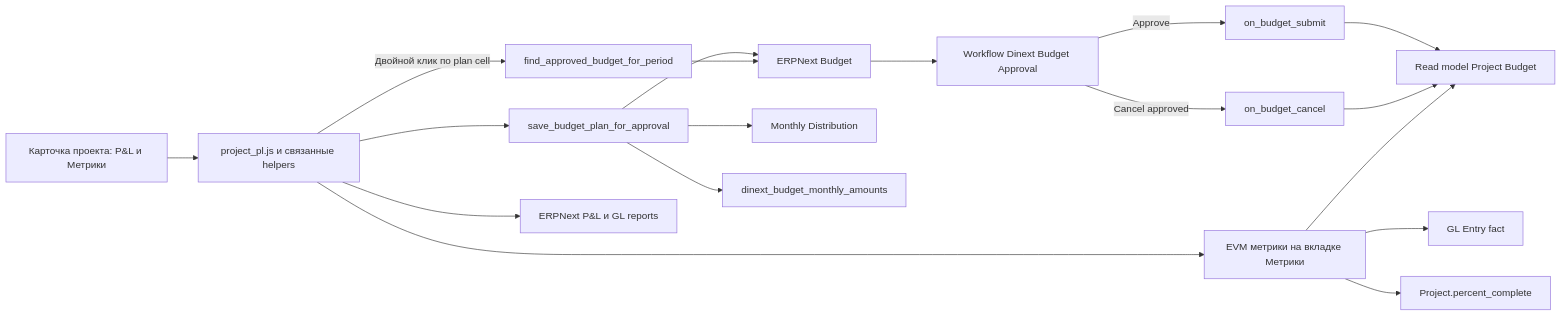
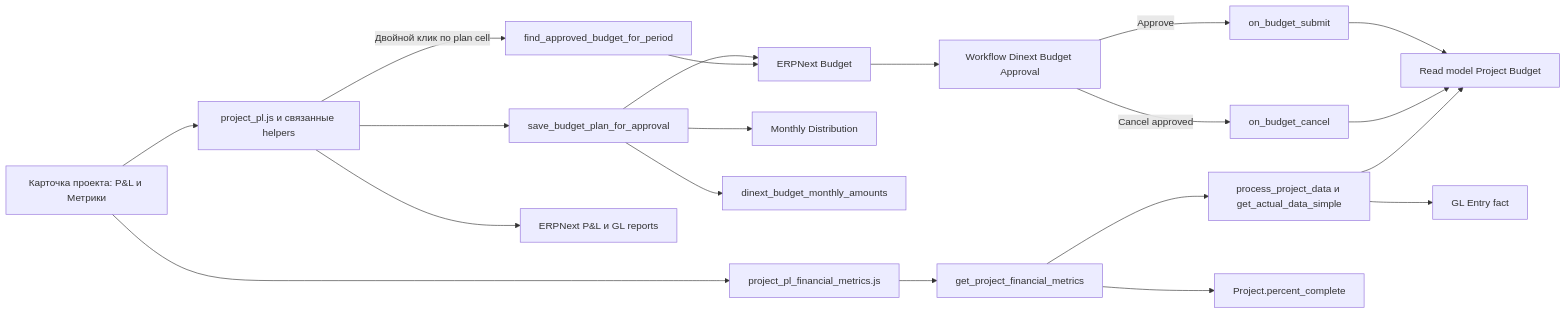
The diagram in README.md (Dinext-pro/dinext-projects-pl), drawn with Mermaid before and after one commit. The commit also changed other lines of this file and 8 other files, not shown here.

First line of the commit message:
Implement server-side EVM financial metrics calculations and API

````diff
--- a/README.md
+++ b/README.md
@@ -237,20 +290,22 @@
 ```mermaid
 flowchart LR
   ProjectForm[Карточка проекта: P&L и Метрики] --> ClientJS[project_pl.js и связанные helpers]
   ClientJS --> ApprovalAPI[save_budget_plan_for_approval]
   ApprovalAPI --> BudgetDoc[ERPNext Budget]
   ApprovalAPI --> MonthlyDistribution[Monthly Distribution]
   ApprovalAPI --> ExactMonthly[dinext_budget_monthly_amounts]
   BudgetDoc --> Workflow[Workflow Dinext Budget Approval]
   Workflow -->|Approve| SubmitHook[on_budget_submit]
   Workflow -->|Cancel approved| CancelHook[on_budget_cancel]
   SubmitHook --> ProjectBudget[Read model Project Budget]
   CancelHook --> ProjectBudget
-  ClientJS --> MetricsUI[EVM метрики на вкладке Метрики]
-  MetricsUI --> ProjectBudget
-  MetricsUI --> GLEntry[GL Entry fact]
-  MetricsUI --> ProjectProgress[Project.percent_complete]
+  MetricsUI[project_pl_financial_metrics.js] --> MetricsAPI[get_project_financial_metrics]
+  MetricsAPI --> ReportPipeline[process_project_data и get_actual_data_simple]
+  ReportPipeline --> ProjectBudget
+  ReportPipeline --> GLEntry[GL Entry fact]
+  MetricsAPI --> ProjectProgress[Project.percent_complete]
+  ProjectForm --> MetricsUI
   ClientJS -->|Двойной клик по plan cell| FindApproved[find_approved_budget_for_period]
   FindApproved --> BudgetDoc
   ClientJS --> Reports[ERPNext P&L и GL reports]
 ```
````
